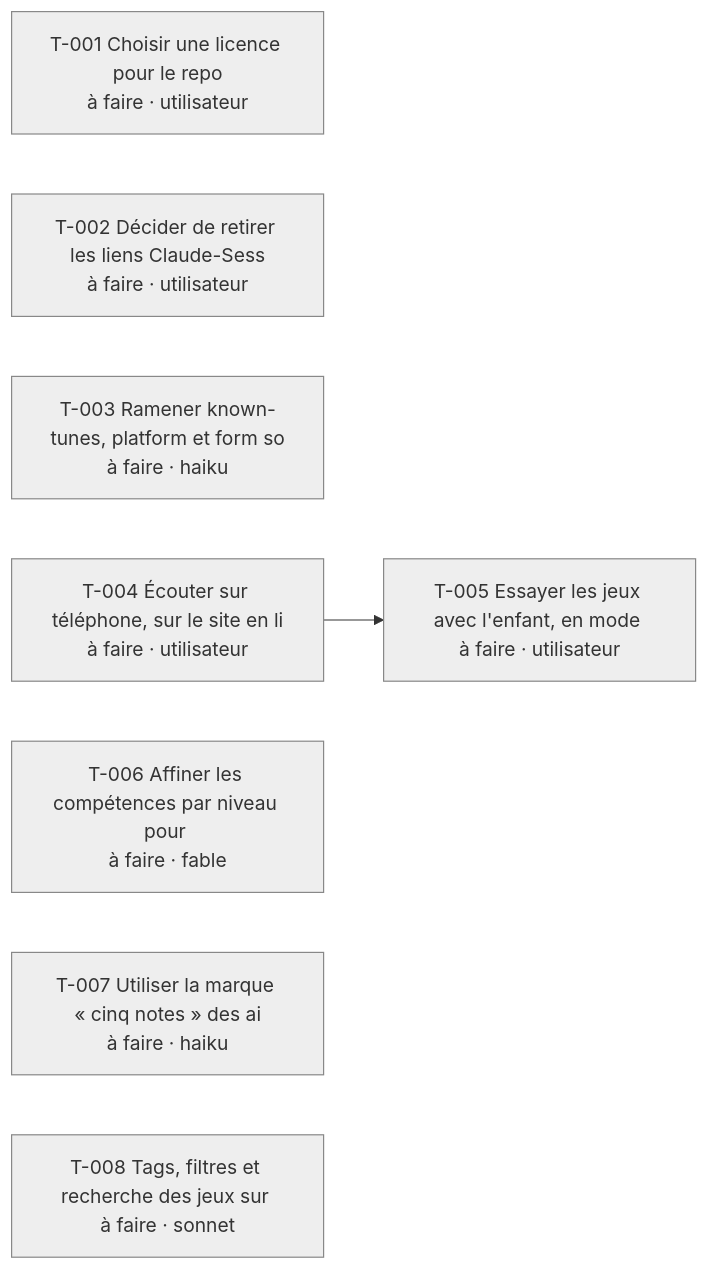
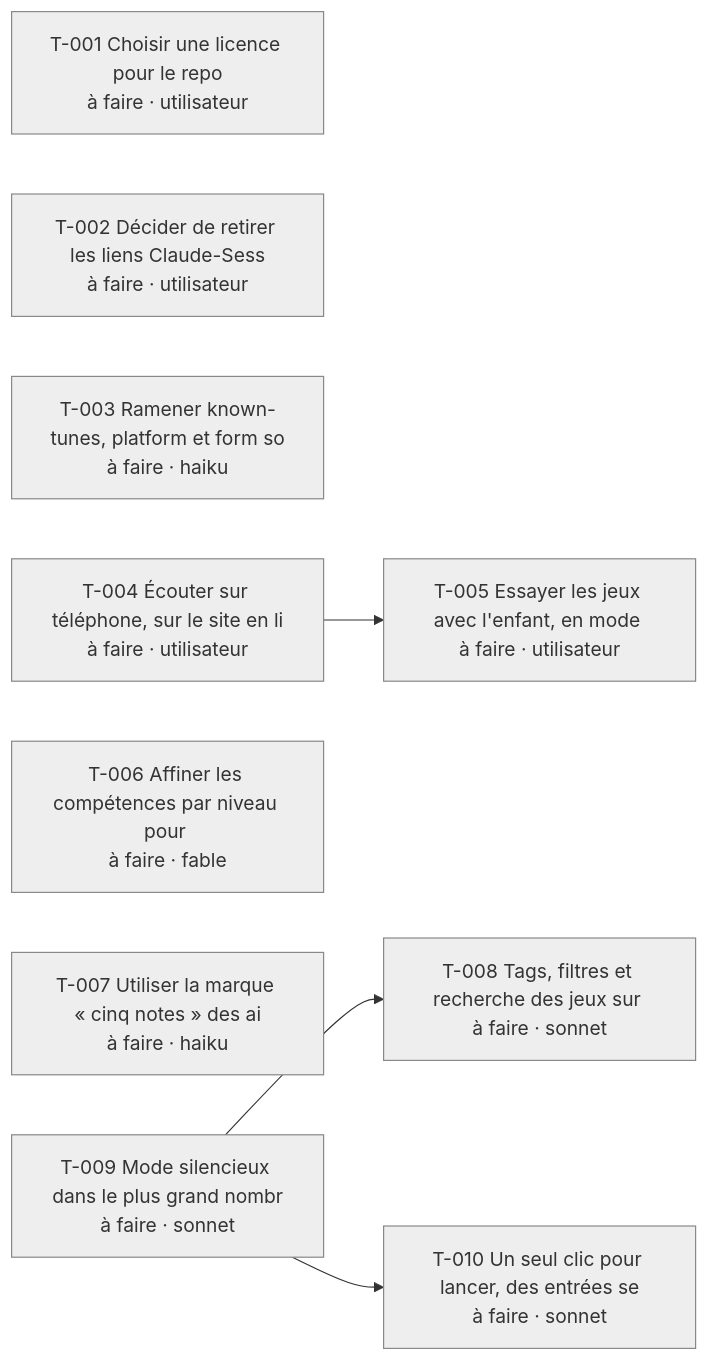
Before and after one commit to dasch0682/music-learnin: the diagram in docs/project/BOARD.md, drawn with Mermaid. The commit also changed other lines of this file and 9 other files, not shown here.

````diff
--- a/docs/project/BOARD.md
+++ b/docs/project/BOARD.md
@@ -18,17 +20,21 @@
 ```mermaid
 flowchart LR
   T001["T-001 Choisir une licence pour le repo<br/>à faire · utilisateur"]:::todo
   T002["T-002 Décider de retirer les liens Claude-Sess<br/>à faire · utilisateur"]:::todo
   T003["T-003 Ramener known-tunes, platform et form so<br/>à faire · haiku"]:::todo
   T004["T-004 Écouter sur téléphone, sur le site en li<br/>à faire · utilisateur"]:::todo
   T005["T-005 Essayer les jeux avec l'enfant, en mode <br/>à faire · utilisateur"]:::todo
   T004 --> T005
   T006["T-006 Affiner les compétences par niveau pour <br/>à faire · fable"]:::todo
   T007["T-007 Utiliser la marque « cinq notes » des ai<br/>à faire · haiku"]:::todo
   T008["T-008 Tags, filtres et recherche des jeux sur <br/>à faire · sonnet"]:::todo
+  T009 --> T008
+  T009["T-009 Mode silencieux dans le plus grand nombr<br/>à faire · sonnet"]:::todo
+  T010["T-010 Un seul clic pour lancer, des entrées se<br/>à faire · sonnet"]:::todo
+  T009 --> T010
   classDef done fill:#d8f0d8,stroke:#4a4
   classDef doing fill:#fff2cc,stroke:#c90
   classDef review fill:#dde8ff,stroke:#46c
   classDef blocked fill:#ffd9d9,stroke:#c44
   classDef todo fill:#eee,stroke:#888
 ```
````
